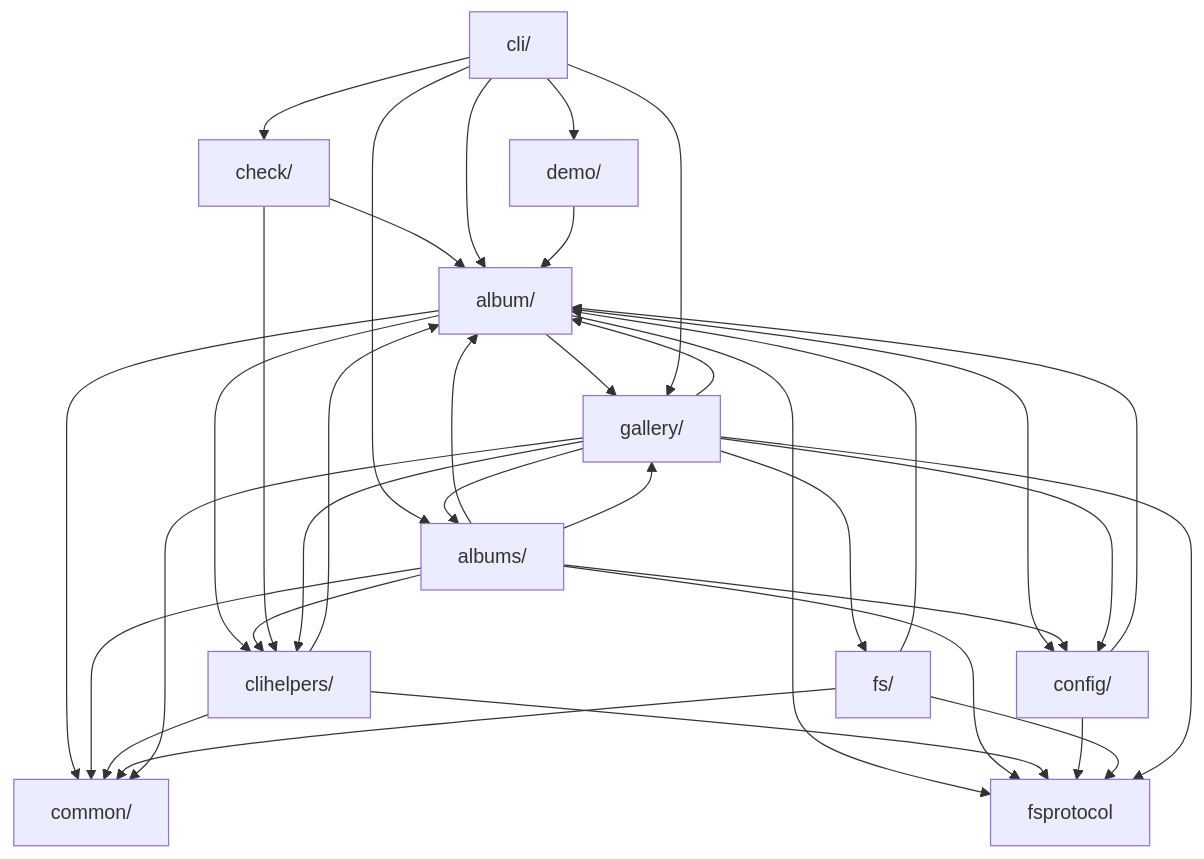
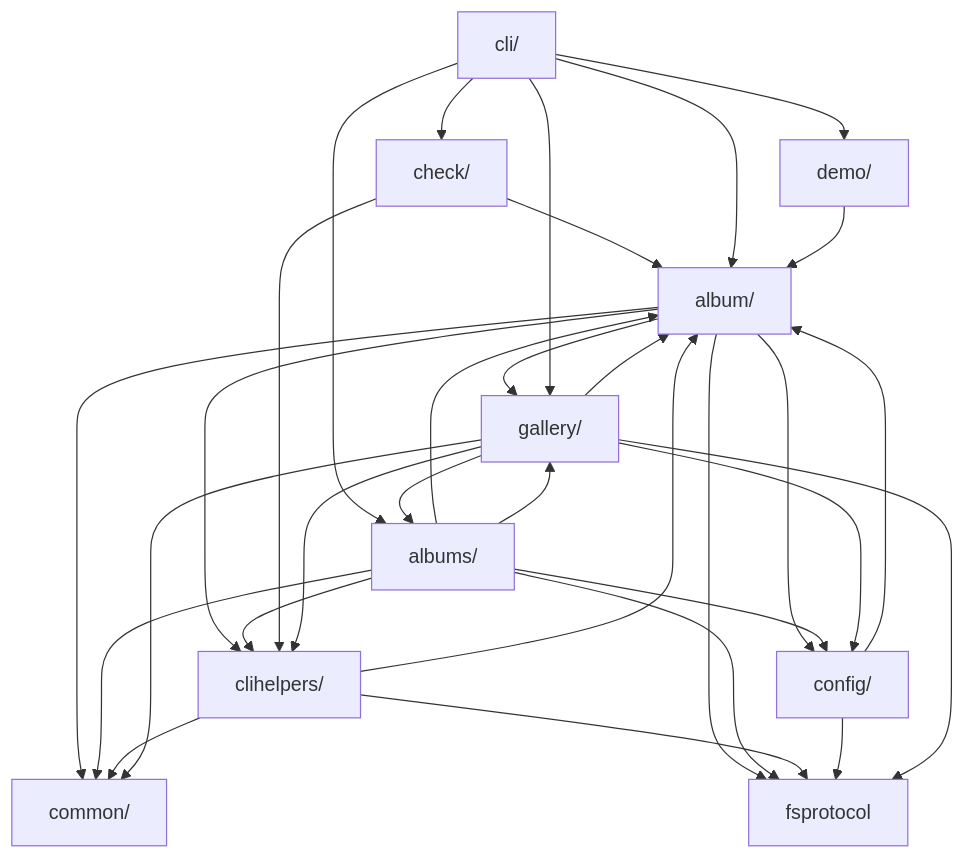
One commit to iglootools/photree changed the diagram in docs/architecture.md. Above: the diagram before and after it, drawn with Mermaid. The commit also changed 27 other files, not shown here.

````diff
--- a/docs/architecture.md
+++ b/docs/architecture.md
@@ -17,49 +17,44 @@
 ```mermaid
 graph TD
     album["album/"]
     albums["albums/"]
     check["check/"]
     cli["cli/"]
     clihelpers["clihelpers/"]
     common["common/"]
     config["config/"]
     demo["demo/"]
-    fs["fs/"]
     fsprotocol["fsprotocol"]
     gallery["gallery/"]
 
     album --> clihelpers
     album --> common
     album --> config
     album --> fsprotocol
     album --> gallery
     albums --> album
     albums --> clihelpers
     albums --> common
     albums --> config
     albums --> fsprotocol
     albums --> gallery
     check --> album
     check --> clihelpers
     cli --> album
     cli --> albums
     cli --> check
     cli --> demo
     cli --> gallery
     clihelpers --> album
     clihelpers --> common
     clihelpers --> fsprotocol
     config --> album
     config --> fsprotocol
     demo --> album
-    fs --> album
-    fs --> common
-    fs --> fsprotocol
     gallery --> album
     gallery --> albums
     gallery --> clihelpers
     gallery --> common
     gallery --> config
-    gallery --> fs
     gallery --> fsprotocol
 ```
````
